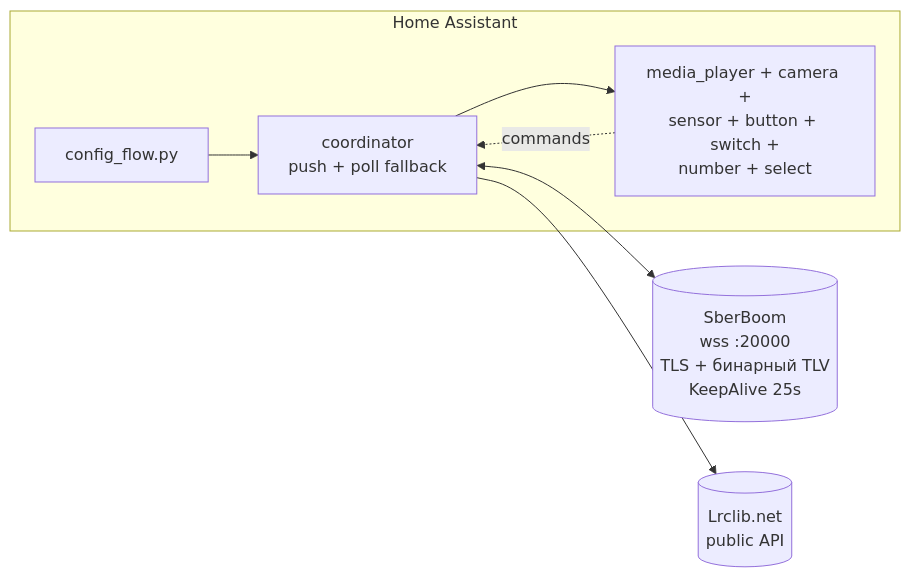
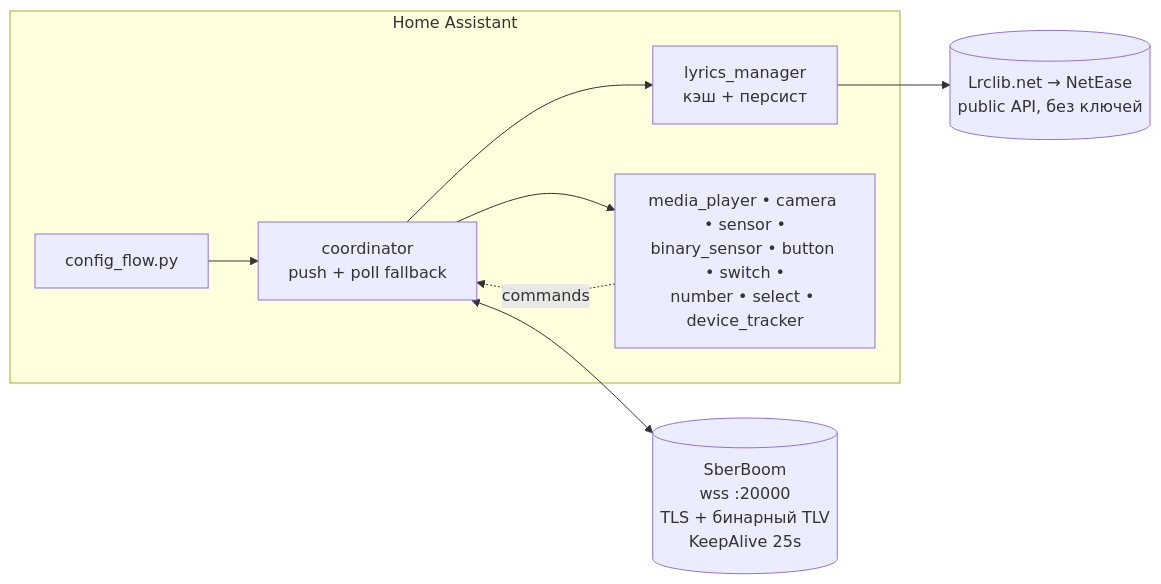
Before and after one commit to dzerik/sboom_ha: the diagram in README.md, drawn with Mermaid. The commit also changed other lines of this file and 68 other files, not shown here.

````diff
--- a/README.md
+++ b/README.md
@@ -284,15 +340,17 @@
 ```mermaid
 flowchart LR
     subgraph HA["Home Assistant"]
         CF[config_flow.py]
         CO["coordinator<br/>push + poll fallback"]
-        ENT["media_player + camera +<br/>sensor + button + switch +<br/>number + select"]
+        LM["lyrics_manager<br/>кэш + персист"]
+        ENT["media_player • camera • sensor •<br/>binary_sensor • button • switch •<br/>number • select • device_tracker"]
         CF --> CO
         CO --> ENT
+        CO --> LM
         ENT -.commands.-> CO
     end
     SPK[(SberBoom<br/>wss :20000<br/>TLS + бинарный TLV<br/>KeepAlive 25s)]
-    LRC[(Lrclib.net<br/>public API)]
+    LRC[(Lrclib.net → NetEase<br/>public API, без ключей)]
     CO <--> SPK
-    CO --> LRC
+    LM --> LRC
 ```
````
